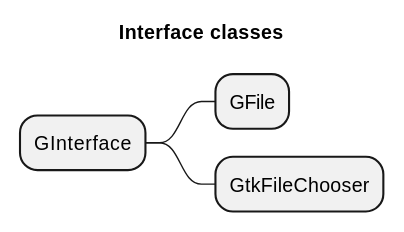
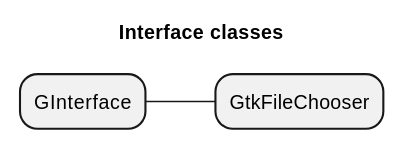
Before and after one commit to lizmat/raku-all-modules: the third of 5 diagrams in cpan/MARTIMM/GTK-V3/doc/Design.md, drawn with PlantUML. The commit also changed other lines of this file and 24 other files, not shown here.

````diff
--- a/cpan/MARTIMM/GTK-V3/doc/Design.md
+++ b/cpan/MARTIMM/GTK-V3/doc/Design.md
@@ -60,10 +91,9 @@
 ```plantuml
 @startmindmap
 scale 0.7
 title Interface classes
 * GInterface
- * GFile
  * GtkFileChooser
 
 @endmindmap
 ```
````
